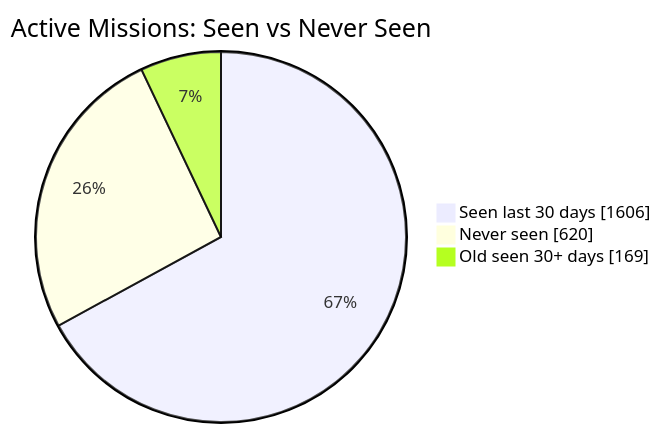
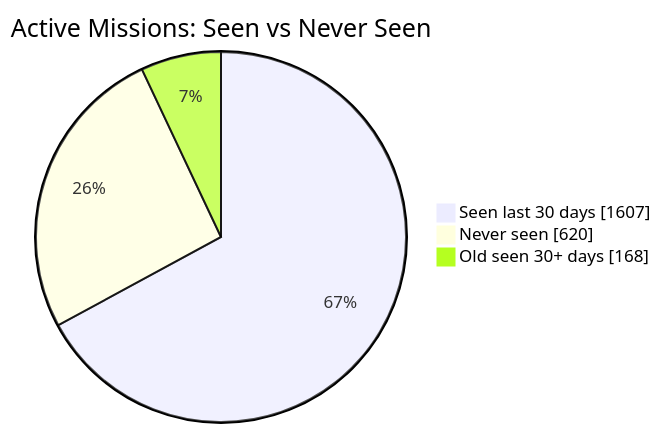
One commit to MeldkamerspelGameTeam/active-missions changed the first of 2 diagrams in README.md. Above: the diagram before and after it, drawn with Mermaid. The commit also changed other lines of this file and 2 other files, not shown here.

````diff
--- a/README.md
+++ b/README.md
@@ -34,7 +34,7 @@
 ```mermaid
 pie showData
     title Active Missions: Seen vs Never Seen
-    "Seen last 30 days" : 1606
+    "Seen last 30 days" : 1607
     "Never seen" : 620
-    "Old seen 30+ days" : 169
+    "Old seen 30+ days" : 168
 ```
````
